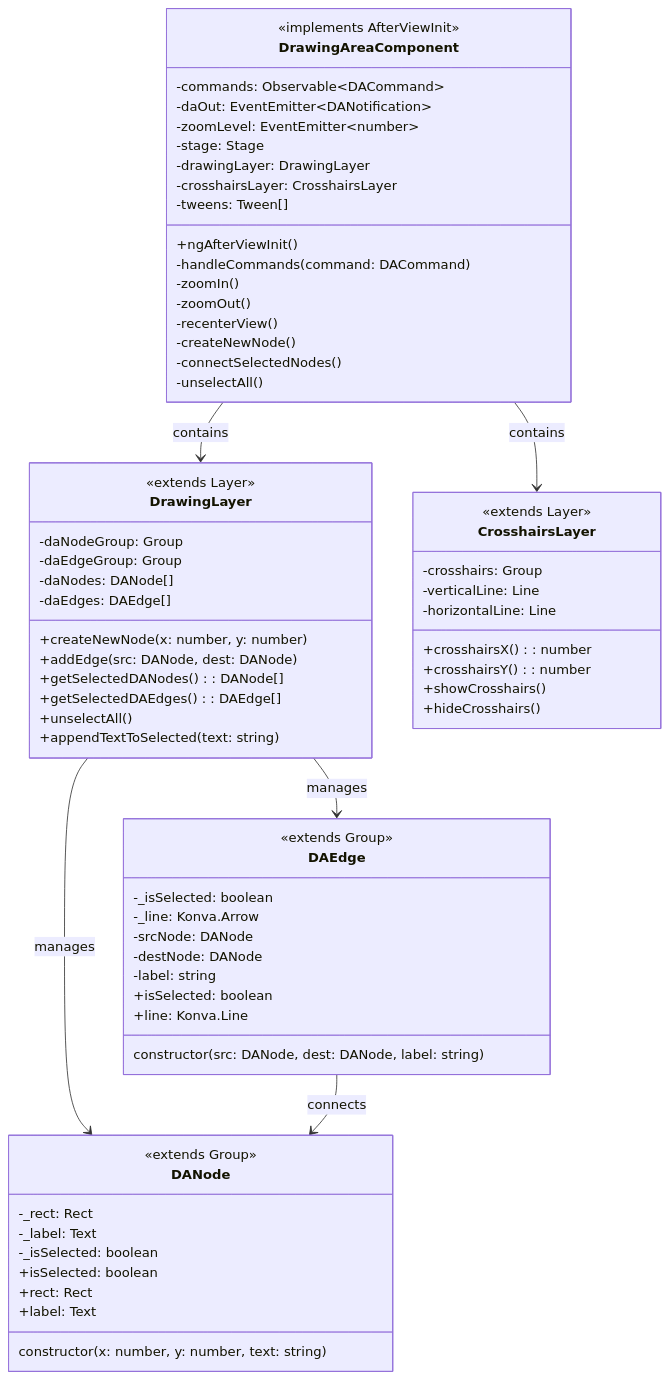
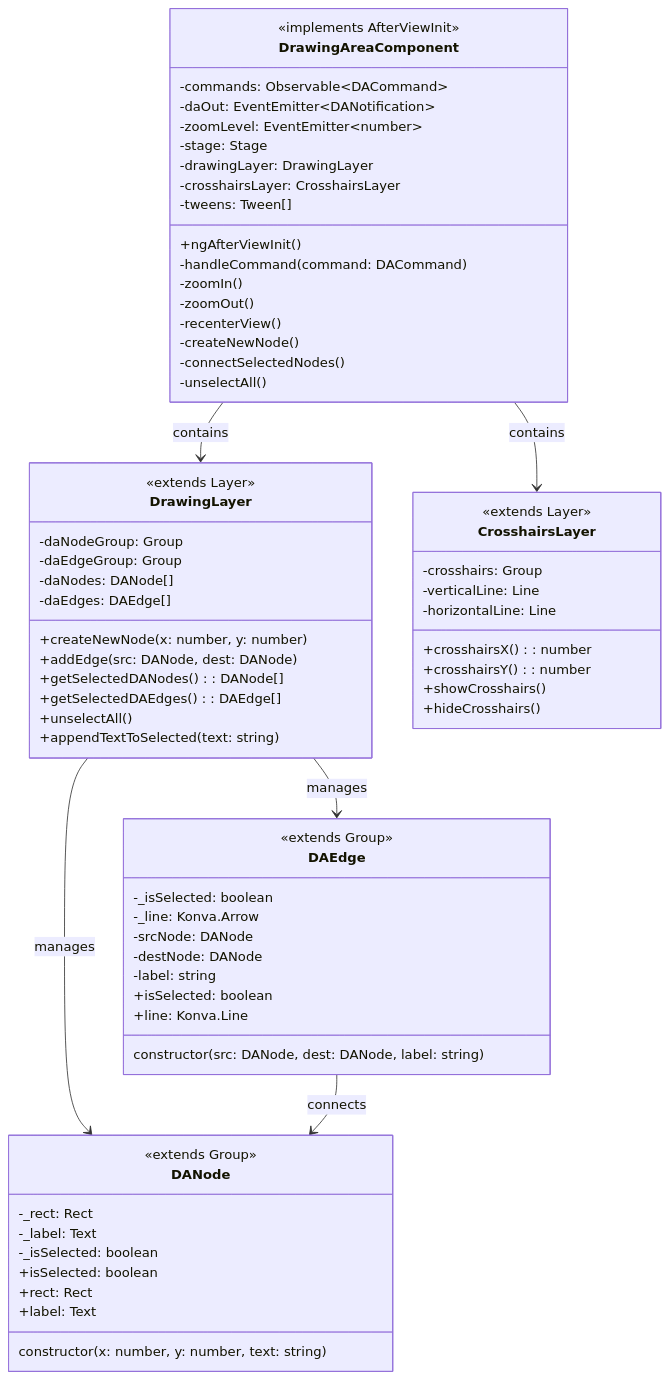
One commit to bnjmnbrmn/kidraw changed the first of 6 diagrams in docs/uml-diagrams.md. Above: the diagram before and after it, drawn with Mermaid. The commit also changed 25 other files, not shown here.

````diff
--- a/docs/uml-diagrams.md
+++ b/docs/uml-diagrams.md
@@ -5,75 +5,75 @@
 ```mermaid
 classDiagram
     class DrawingAreaComponent {
         <<implements AfterViewInit>>
         -commands: Observable~DACommand~
         -daOut: EventEmitter~DANotification~
         -zoomLevel: EventEmitter~number~
         -stage: Stage
         -drawingLayer: DrawingLayer
         -crosshairsLayer: CrosshairsLayer
         -tweens: Tween[]
         +ngAfterViewInit()
-        -handleCommands(command: DACommand)
+        -handleCommand(command: DACommand)
         -zoomIn()
         -zoomOut()
         -recenterView()
         -createNewNode()
         -connectSelectedNodes()
         -unselectAll()
     }
 
     class DrawingLayer {
         <<extends Layer>>
         -daNodeGroup: Group
         -daEdgeGroup: Group
         -daNodes: DANode[]
         -daEdges: DAEdge[]
         +createNewNode(x: number, y: number)
         +addEdge(src: DANode, dest: DANode)
         +getSelectedDANodes(): DANode[]
         +getSelectedDAEdges(): DAEdge[]
         +unselectAll()
         +appendTextToSelected(text: string)
     }
 
     class CrosshairsLayer {
         <<extends Layer>>
         -crosshairs: Group
         -verticalLine: Line
         -horizontalLine: Line
         +crosshairsX(): number
         +crosshairsY(): number
         +showCrosshairs()
         +hideCrosshairs()
     }
 
     class DANode {
         <<extends Group>>
         -_rect: Rect
         -_label: Text
         -_isSelected: boolean
         +isSelected: boolean
         +rect: Rect
         +label: Text
         constructor(x: number, y: number, text: string)
     }
 
     class DAEdge {
         <<extends Group>>
         -_isSelected: boolean
         -_line: Konva.Arrow
         -srcNode: DANode
         -destNode: DANode
         -label: string
         +isSelected: boolean
         +line: Konva.Line
         constructor(src: DANode, dest: DANode, label: string)
     }
 
     DrawingAreaComponent --> DrawingLayer : contains
     DrawingAreaComponent --> CrosshairsLayer : contains
     DrawingLayer --> DANode : manages
     DrawingLayer --> DAEdge : manages
     DAEdge --> DANode : connects
 ```
````
